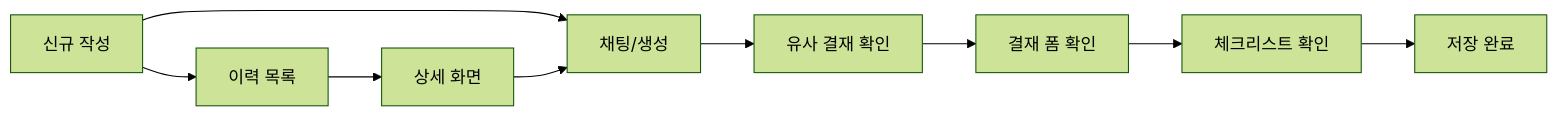
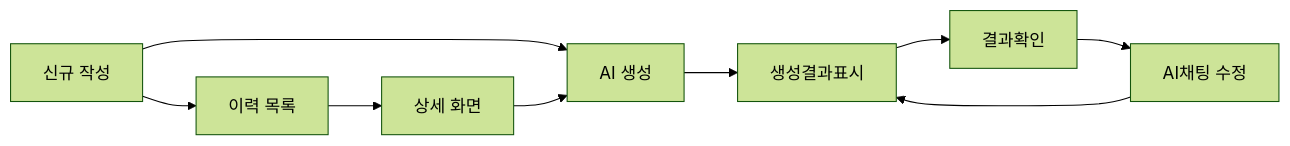
Before and after one commit to intaegi/ai_assist_project: the third of 3 diagrams in docs/decision_rag_presentation_outline_ko.md, drawn with Mermaid (forest theme). The commit also changed other lines of this file and 10 other files, not shown here.

Commit message:
Align UI sections and update RAG flow docs

````diff
--- a/docs/decision_rag_presentation_outline_ko.md
+++ b/docs/decision_rag_presentation_outline_ko.md
@@ -81,11 +80,11 @@
 ```mermaid
 flowchart LR
-    A["신규 작성"] --> B["채팅/생성"]
-    B --> C["유사 결재 확인"]
-    C --> D["결재 폼 확인"]
-    D --> E["체크리스트 확인"]
-    E --> F["저장 완료"]
+    A["신규 작성"] --> B["AI 생성"]
+    B --> C["생성결과표시"]
+    C --> D["결과확인"]
+    D --> E["AI채팅 수정"]
+    E --> C
     A --> G["이력 목록"]
     G --> H["상세 화면"]
     H --> B
 ```
````
